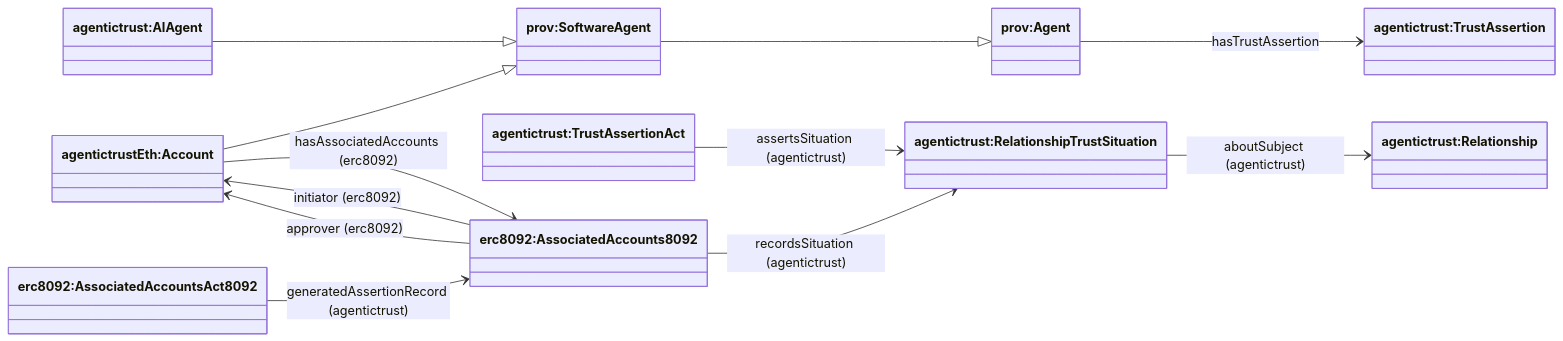
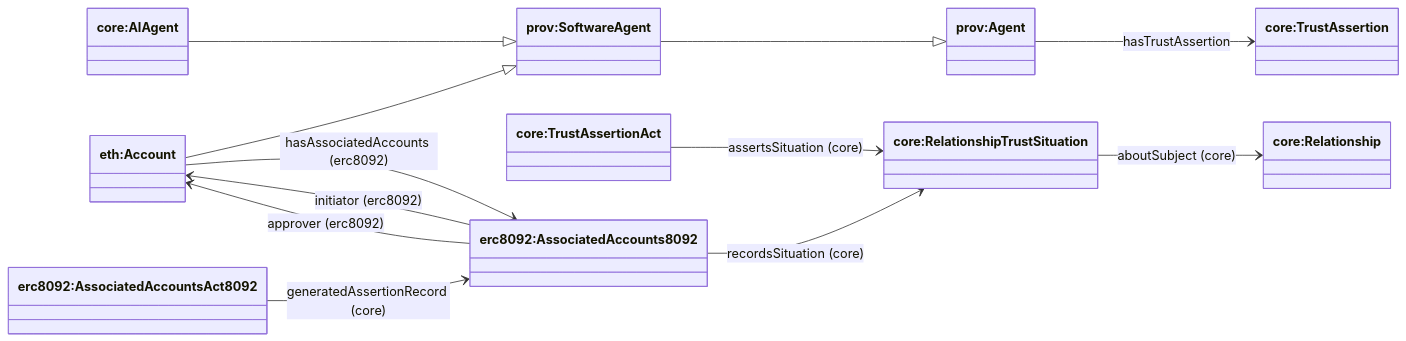
The diagram in docs/ontology/relationshipassertion.md (Agentic-Trust-Layer/agent-explorer), drawn with Mermaid before and after one commit. The commit also changed other lines of this file and 49 other files, not shown here.

````diff
--- a/docs/ontology/relationshipassertion.md
+++ b/docs/ontology/relationshipassertion.md
@@ -7,32 +7,32 @@
 ```mermaid
 classDiagram
 direction LR
 
 class provAgent["prov:Agent"]
 class provSoftwareAgent["prov:SoftwareAgent"]
-class Account["agentictrustEth:Account"]
+class Account["eth:Account"]
 
-class AIAgent["agentictrust:AIAgent"]
-class Relationship["agentictrust:Relationship"]
-class TrustAssertion["agentictrust:TrustAssertion"]
-class TrustAssertionAct["agentictrust:TrustAssertionAct"]
+class AIAgent["core:AIAgent"]
+class Relationship["core:Relationship"]
+class TrustAssertion["core:TrustAssertion"]
+class TrustAssertionAct["core:TrustAssertionAct"]
 
 class AssociatedAccounts["erc8092:AssociatedAccounts8092"]
 class AssociatedAccountsAct["erc8092:AssociatedAccountsAct8092"]
-class RelationshipTrustSituation["agentictrust:RelationshipTrustSituation"]
+class RelationshipTrustSituation["core:RelationshipTrustSituation"]
 
 AIAgent --|> provSoftwareAgent
 provSoftwareAgent --|> provAgent
 Account --|> provSoftwareAgent
 
 provAgent --> TrustAssertion : hasTrustAssertion
 Account --> AssociatedAccounts : hasAssociatedAccounts (erc8092)
-AssociatedAccounts --> RelationshipTrustSituation : recordsSituation (agentictrust)
-RelationshipTrustSituation --> Relationship : aboutSubject (agentictrust)
+AssociatedAccounts --> RelationshipTrustSituation : recordsSituation (core)
+RelationshipTrustSituation --> Relationship : aboutSubject (core)
 
 AssociatedAccounts --> Account : initiator (erc8092)
 AssociatedAccounts --> Account : approver (erc8092)
 
-TrustAssertionAct --> RelationshipTrustSituation : assertsSituation (agentictrust)
-AssociatedAccountsAct --> AssociatedAccounts : generatedAssertionRecord (agentictrust)
+TrustAssertionAct --> RelationshipTrustSituation : assertsSituation (core)
+AssociatedAccountsAct --> AssociatedAccounts : generatedAssertionRecord (core)
 ```
````
